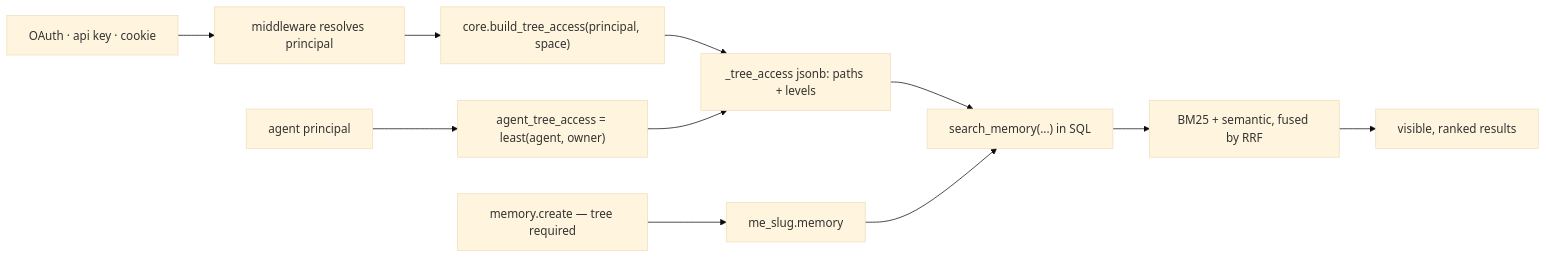
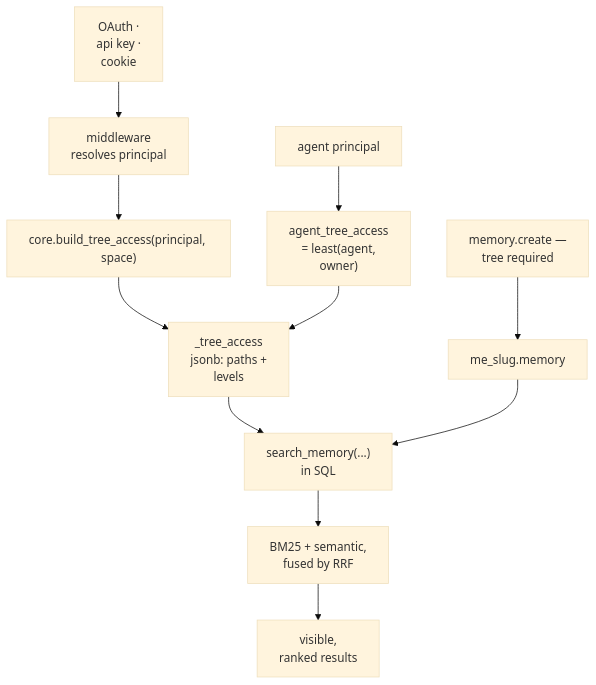
Before and after one commit to neoneye/agent-memory-atlas: the diagram in content/systems/memory-engine.md, drawn with Mermaid (base theme). The commit also changed 99 other files, not shown here.

First line of the commit message:
Reshape the remaining 49 diagrams so their labels are legible

````diff
--- a/content/systems/memory-engine.md
+++ b/content/systems/memory-engine.md
@@ -109,13 +109,13 @@
 ```mermaid
-flowchart LR
-  Cred["OAuth · api key · cookie"] --> MW["middleware resolves principal"]
+flowchart TD
+  Cred["OAuth ·<br/>api key ·<br/>cookie"] --> MW["middleware<br/>resolves principal"]
   MW --> BTA["core.build_tree_access(principal, space)"]
-  BTA --> TA["_tree_access jsonb: paths + levels"]
-  TA --> SQL["search_memory(...) in SQL"]
+  BTA --> TA["_tree_access<br/>jsonb: paths +<br/>levels"]
+  TA --> SQL["search_memory(...)<br/>in SQL"]
   Mem["me_slug.memory"] --> SQL
-  SQL --> RRF["BM25 + semantic, fused by RRF"]
-  RRF --> Out["visible, ranked results"]
-  Agent["agent principal"] --> Clamp["agent_tree_access = least(agent, owner)"]
+  SQL --> RRF["BM25 + semantic,<br/>fused by RRF"]
+  RRF --> Out["visible,<br/>ranked results"]
+  Agent["agent principal"] --> Clamp["agent_tree_access<br/>= least(agent,<br/>owner)"]
   Clamp --> TA
-  W["memory.create — tree required"] --> Mem
+  W["memory.create —<br/>tree required"] --> Mem
 ```
````
